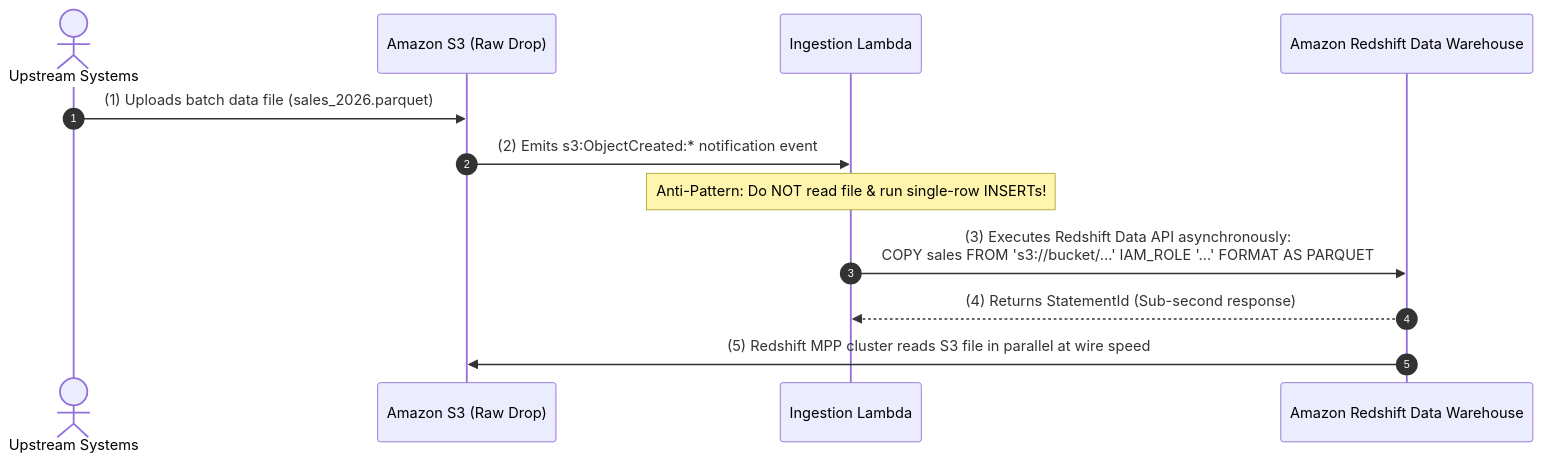
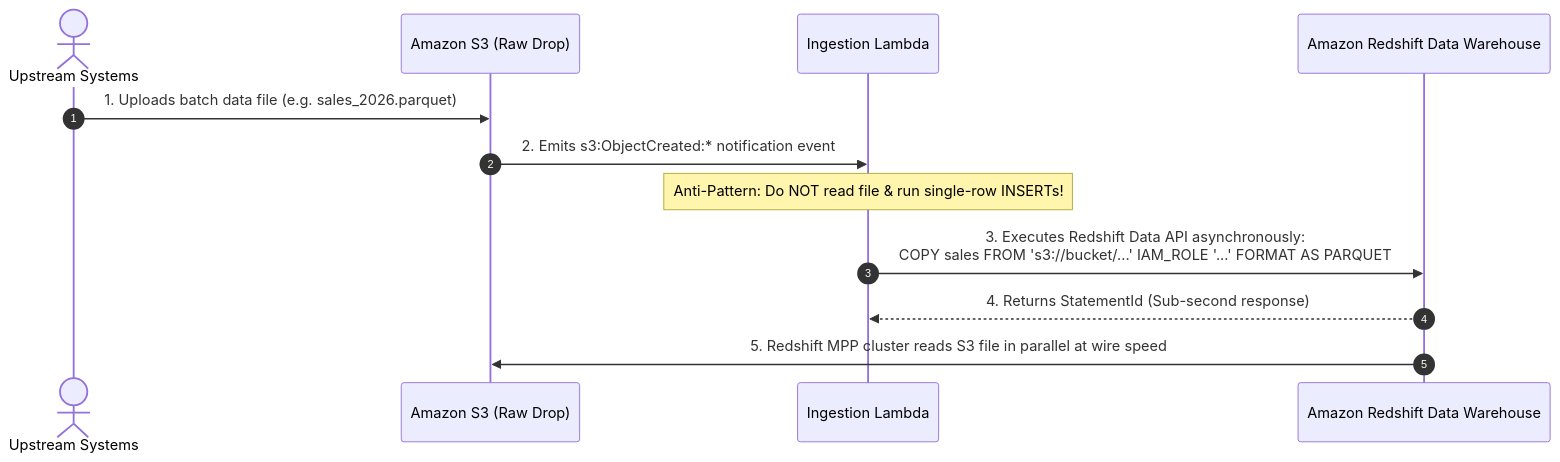
The seventh of 7 diagrams in content/mm/02-services/compute-containers/lambda.md (Wathon/aws-dea-c01-note), drawn with Mermaid before and after one commit. The commit also changed other lines of this file and 41 other files, not shown here.

````diff
--- a/content/mm/02-services/compute-containers/lambda.md
+++ b/content/mm/02-services/compute-containers/lambda.md
@@ -214,15 +290,15 @@
 ```mermaid
 sequenceDiagram
     autonumber
     actor Producer as Upstream Systems
     participant S3 as Amazon S3 (Raw Drop)
     participant Lambda as Ingestion Lambda
     participant Redshift as Amazon Redshift Data Warehouse
 
-    Producer->>S3: (1) Uploads batch data file (sales_2026.parquet)
-    S3->>Lambda: (2) Emits s3:ObjectCreated:* notification event
+    Producer->>S3: 1. Uploads batch data file (e.g. sales_2026.parquet)
+    S3->>Lambda: 2. Emits s3:ObjectCreated:* notification event
     Note over Lambda: Anti-Pattern: Do NOT read file & run single-row INSERTs!
-    Lambda->>Redshift: (3) Executes Redshift Data API asynchronously:<br/>COPY sales FROM 's3://bucket/...' IAM_ROLE '...' FORMAT AS PARQUET
-    Redshift-->>Lambda: (4) Returns StatementId (Sub-second response)
-    Redshift->>S3: (5) Redshift MPP cluster reads S3 file in parallel at wire speed
+    Lambda->>Redshift: 3. Executes Redshift Data API asynchronously:<br/>COPY sales FROM 's3://bucket/...' IAM_ROLE '...' FORMAT AS PARQUET
+    Redshift-->>Lambda: 4. Returns StatementId (Sub-second response)
+    Redshift->>S3: 5. Redshift MPP cluster reads S3 file in parallel at wire speed
 ```
````
